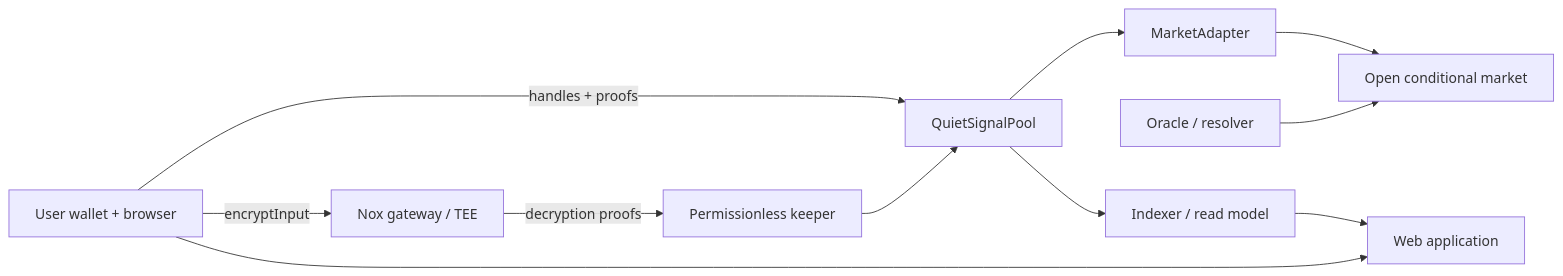
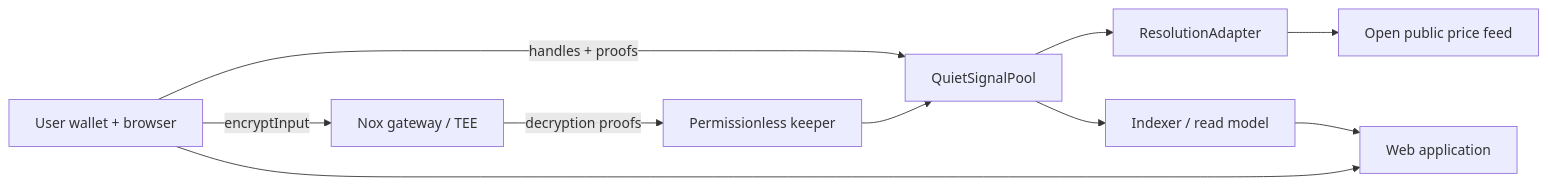
The first of 2 diagrams in docs/architecture/01-system-architecture.md (thatnghiepfulltime67/QuiteSignal), drawn with Mermaid before and after one commit. The commit also changed other lines of this file and 18 other files, not shown here.

Commit message:
docs: simplify public resolution boundary

````diff
--- a/docs/architecture/01-system-architecture.md
+++ b/docs/architecture/01-system-architecture.md
@@ -12,13 +13,12 @@
 ```mermaid
 flowchart LR
   U[User wallet + browser] -->|encryptInput| G[Nox gateway / TEE]
   U -->|handles + proofs| C[QuietSignalPool]
   K[Permissionless keeper] --> C
   G -->|decryption proofs| K
-  C --> A[MarketAdapter]
-  A --> M[Open conditional market]
-  O[Oracle / resolver] --> M
+  C --> A[ResolutionAdapter]
+  A --> M[Open public price feed]
   C --> I[Indexer / read model]
   I --> W[Web application]
   U --> W
 ```
````
